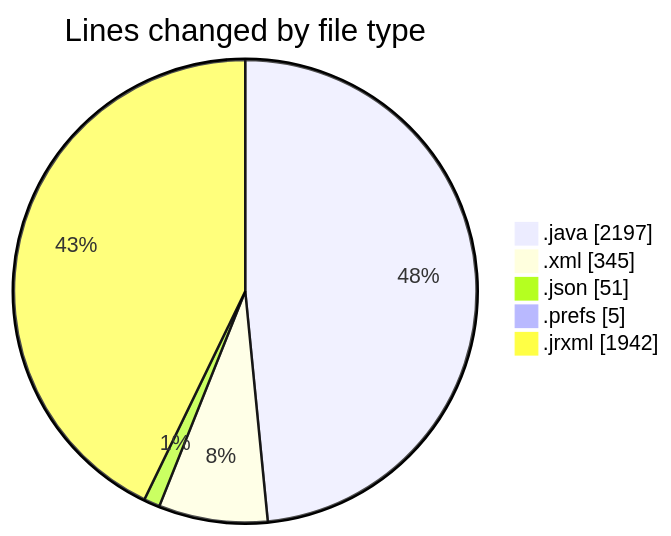
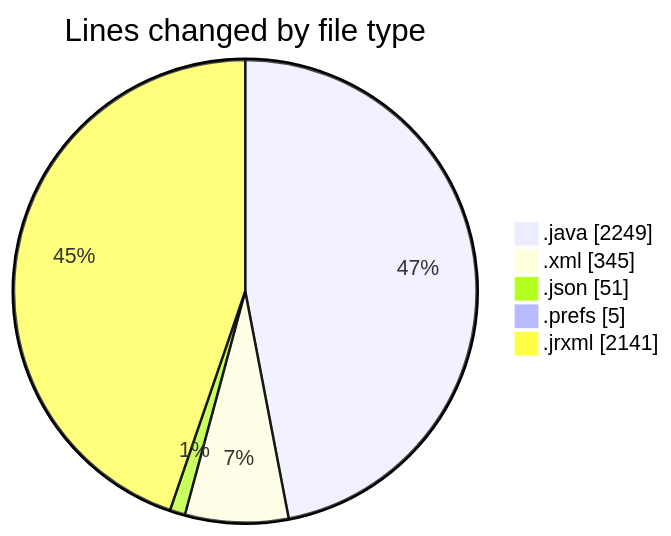
Before and after one commit to ricardozamudiocil/code-tracking: the first of 2 diagrams in 2026-10-01/cilreports__workspace_/README.md, drawn with Mermaid. The commit also changed other lines of this file and 1 other file, not shown here.

````diff
--- a/2026-10-01/cilreports__workspace_/README.md
+++ b/2026-10-01/cilreports__workspace_/README.md
@@ -26,9 +28,9 @@
 ```mermaid
 pie showData
 title Lines changed by file type
-".java" : 2197
+".java" : 2249
 ".xml" : 345
 ".json" : 51
 ".prefs" : 5
-".jrxml" : 1942
+".jrxml" : 2141
 ```
````
